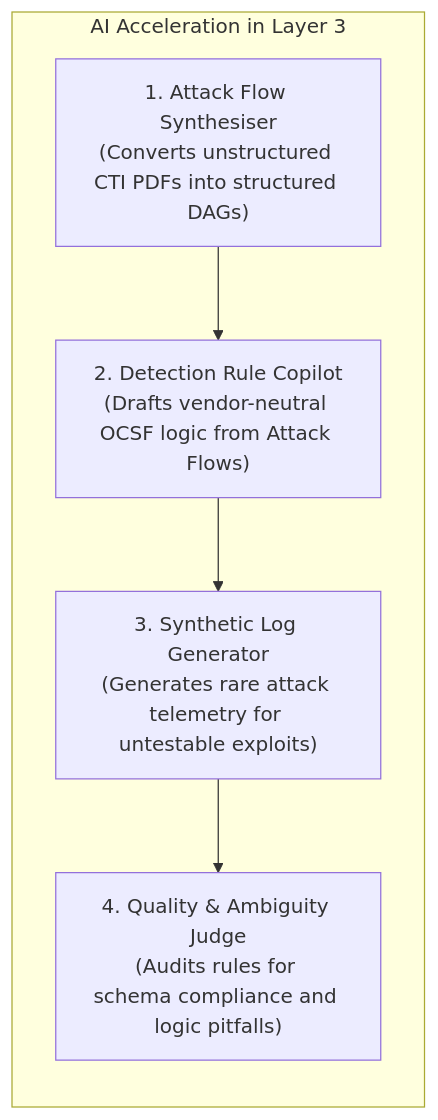
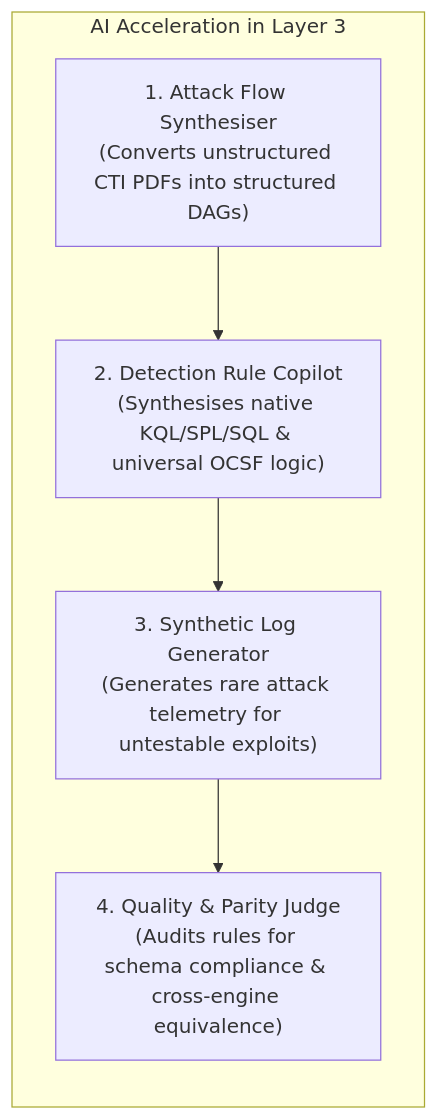
One commit to Haribu/TIDIR changed the sixth of 7 diagrams in docs/architecture/06-layer-3-threat-intel-detection.md. Above: the diagram before and after it, drawn with Mermaid. The commit also changed other lines of this file and 9 other files, not shown here.

Commit message:
feat(detection): adopt polyglot detection-as-code and target-optimized engine adaptation (ADR-0019)

````diff
--- a/docs/architecture/06-layer-3-threat-intel-detection.md
+++ b/docs/architecture/06-layer-3-threat-intel-detection.md
@@ -234,11 +323,11 @@
 ```mermaid
 flowchart LR
   subgraph AI_Capabilities ["AI Acceleration in Layer 3"]
     FLOW_SYNTH["1. Attack Flow Synthesiser\n(Converts unstructured CTI PDFs into structured DAGs)"]
-    DAC_GEN["2. Detection Rule Copilot\n(Drafts vendor-neutral OCSF logic from Attack Flows)"]
+    DAC_GEN["2. Detection Rule Copilot\n(Synthesises native KQL/SPL/SQL & universal OCSF logic)"]
     SYNTH_LOGS["3. Synthetic Log Generator\n(Generates rare attack telemetry for untestable exploits)"]
-    LLM_JUDGE["4. Quality & Ambiguity Judge\n(Audits rules for schema compliance and logic pitfalls)"]
+    LLM_JUDGE["4. Quality & Parity Judge\n(Audits rules for schema compliance & cross-engine equivalence)"]
   end
 
   FLOW_SYNTH --> DAC_GEN --> SYNTH_LOGS --> LLM_JUDGE
 ```
````
